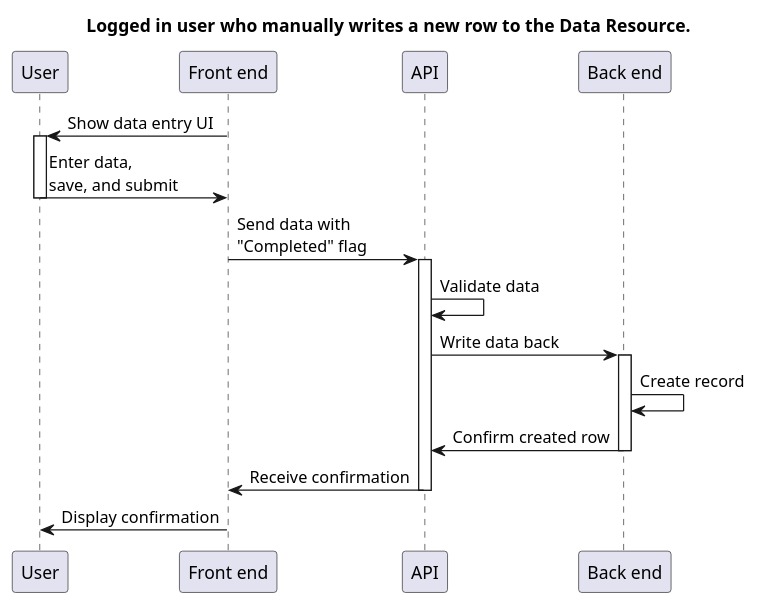
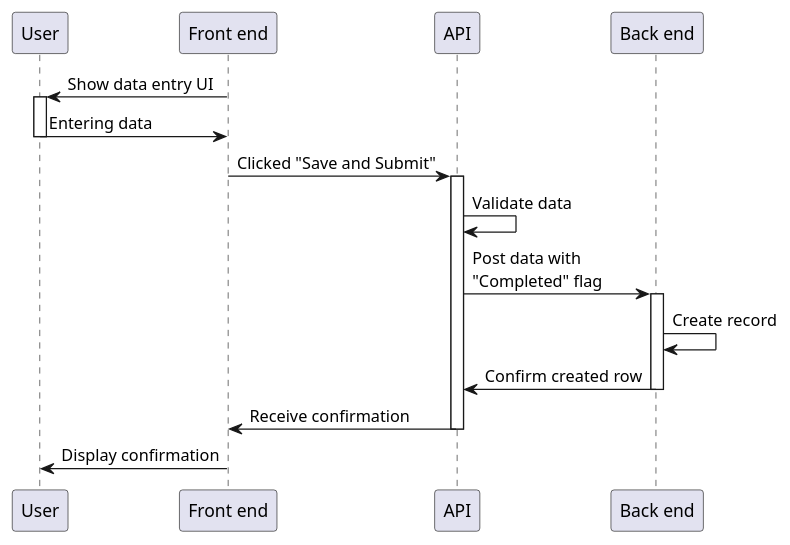
The diagram in design/images/runtime-manual-data-entry.puml (seedcase-project/seedcase-website), drawn with PlantUML before and after one commit.

Commit message:
minor updates to runtime data entry puml

```diff
--- a/design/images/runtime-manual-data-entry.puml
+++ b/design/images/runtime-manual-data-entry.puml
@@ -1,19 +1,19 @@
 @startuml
 
-title: Logged in user who manually writes a new row to the Data Resource.
+' Logged in user who manually writes a new row to the Data Resource.
 
 participant "User" as u
 participant "Front end" as f
 participant "API" as api
 participant "Back end" as db
 
 f -> u ++: Show data entry UI
-u -> f --: Enter data,\nsave, and submit
-f -> api ++: Send data with\n"Completed" flag
+u -> f --: Entering data
+f -> api ++: Clicked "Save and Submit"
 api -> api : Validate data
-api -> db ++: Write data back
+api -> db ++: Post data with\n"Completed" flag
 db -> db : Create record
 db -> api --: Confirm created row
 api -> f --: Receive confirmation
 f -> u --: Display confirmation
 @enduml
```
